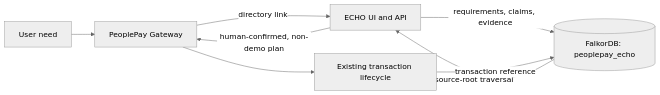
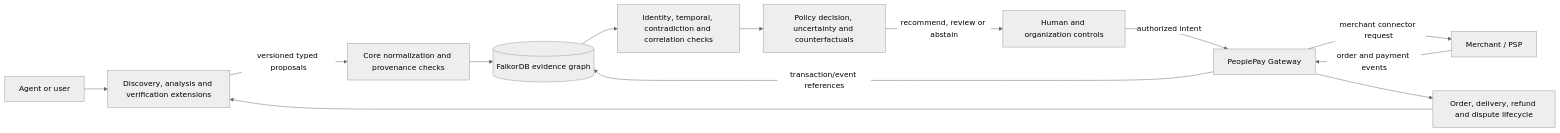
Before and after one commit to victrvondoom/Peoplepay-360: the diagram in docs/echo-architecture.md, drawn with Mermaid (neutral theme). The commit also changed other lines of this file and 3 other files, not shown here.

Commit message:
Align product docs to ECHO trust layer roadmap

````diff
--- a/docs/echo-architecture.md
+++ b/docs/echo-architecture.md
@@ -8,10 +9,15 @@
 ```mermaid
 flowchart LR
-  U[User need] --> G[PeoplePay Gateway]
-  G -->|directory link| E[ECHO UI and API]
-  E -->|requirements, claims, evidence| F[(FalkorDB: peoplepay_echo)]
-  F -->|source-root traversal| E
-  E -->|human-confirmed, non-demo plan| G
-  G --> T[Existing transaction lifecycle]
-  T -->|transaction reference| F
+  A[Agent or user] --> X[Discovery, analysis and verification extensions]
+  X -->|versioned typed proposals| N[Core normalization and provenance checks]
+  N --> F[(FalkorDB evidence graph)]
+  F --> I[Identity, temporal, contradiction and correlation checks]
+  I --> D[Policy decision, uncertainty and counterfactuals]
+  D -->|recommend, review or abstain| H[Human and organization controls]
+  H -->|authorized intent| G[PeoplePay Gateway]
+  G -->|merchant connector request| M[Merchant / PSP]
+  M -->|order and payment events| G
+  G -->|transaction/event references| F
+  G --> L[Order, delivery, refund and dispute lifecycle]
+  L --> X
 ```
````
